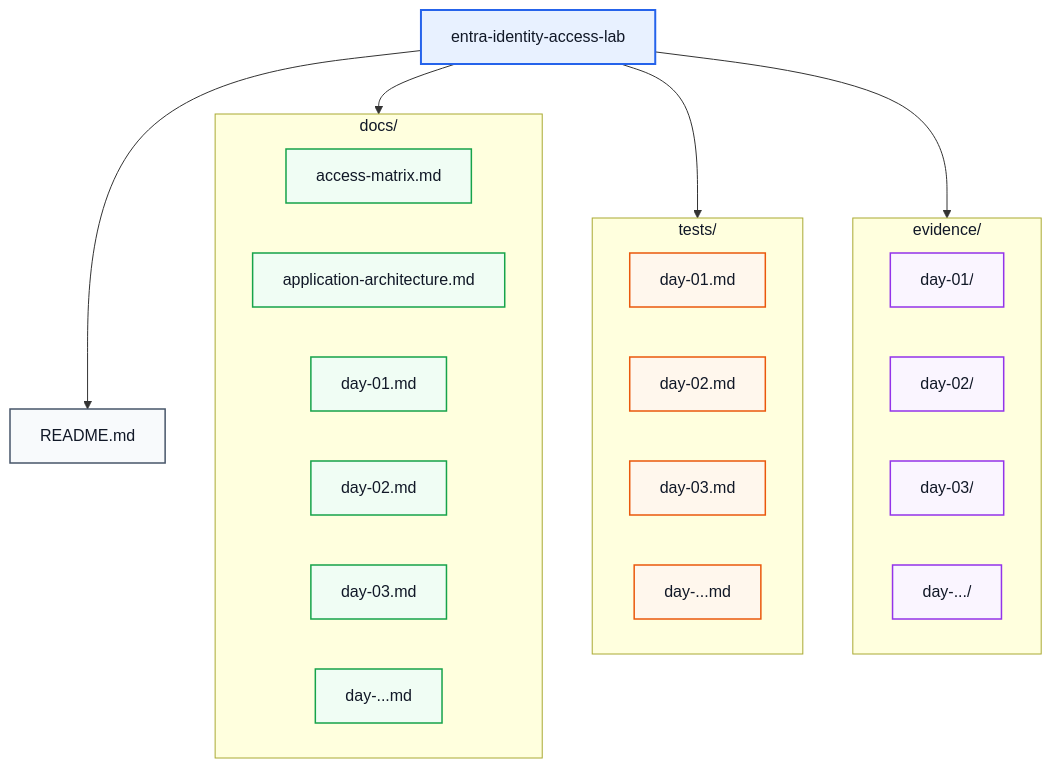
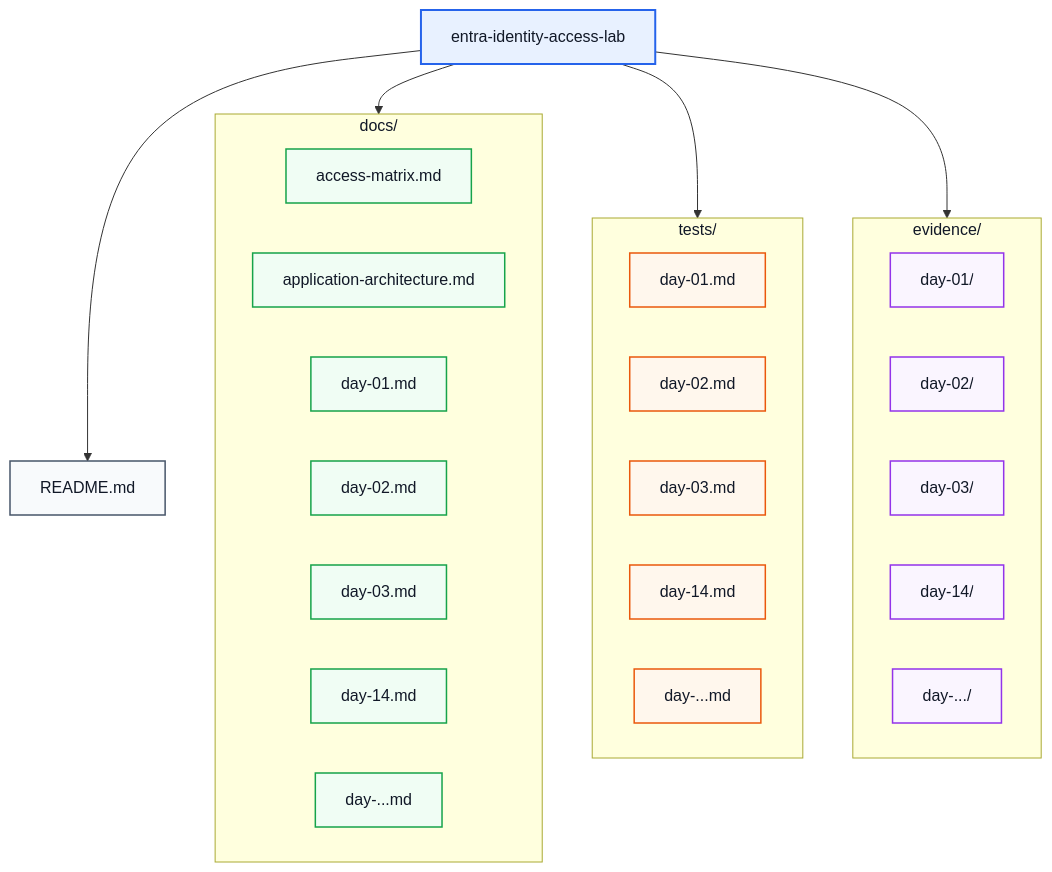
One commit to krzysztof-szot/entra-identity-access-lab changed the second of 2 diagrams in README.md. Above: the diagram before and after it, drawn with Mermaid. The commit also changed other lines of this file, not shown here.

Commit message:
docs: update project README with completed labs through Day 14

````diff
--- a/README.md
+++ b/README.md
@@ -517,47 +663,50 @@
 ```mermaid
 flowchart TB
 
     ROOT["entra-identity-access-lab"]
 
     README["README.md"]
 
     subgraph DOCS["docs/"]
         ACCESS["access-matrix.md"]
         ARCH["application-architecture.md"]
         D1["day-01.md"]
         D2["day-02.md"]
         D3["day-03.md"]
+        D14["day-14.md"]
         DX["day-...md"]
     end
 
     subgraph TESTS["tests/"]
         T1["day-01.md"]
         T2["day-02.md"]
         T3["day-03.md"]
+        T14["day-14.md"]
         TX["day-...md"]
     end
 
     subgraph EVIDENCE["evidence/"]
         E1["day-01/"]
         E2["day-02/"]
         E3["day-03/"]
+        E14["day-14/"]
         EX["day-.../"]
     end
 
     ROOT --> README
     ROOT --> DOCS
     ROOT --> TESTS
     ROOT --> EVIDENCE
 
     classDef root fill:#e8f1ff,stroke:#2563eb,stroke-width:2px,color:#111827;
     classDef readme fill:#f8fafc,stroke:#475569,stroke-width:1.5px,color:#111827;
     classDef docs fill:#f0fdf4,stroke:#16a34a,stroke-width:1.5px,color:#111827;
     classDef tests fill:#fff7ed,stroke:#ea580c,stroke-width:1.5px,color:#111827;
     classDef evidence fill:#faf5ff,stroke:#9333ea,stroke-width:1.5px,color:#111827;
 
     class ROOT root;
     class README readme;
-    class ACCESS,ARCH,D1,D2,D3,DX docs;
-    class T1,T2,T3,TX tests;
-    class E1,E2,E3,EX evidence;
+    class ACCESS,ARCH,D1,D2,D3,D14,DX docs;
+    class T1,T2,T3,T14,TX tests;
+    class E1,E2,E3,E14,EX evidence;
 ```
````
